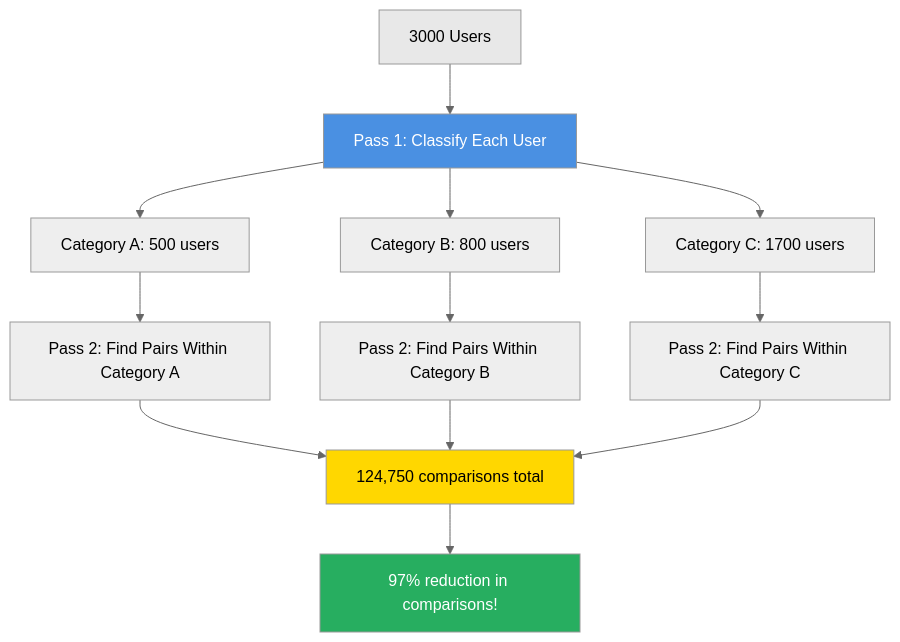
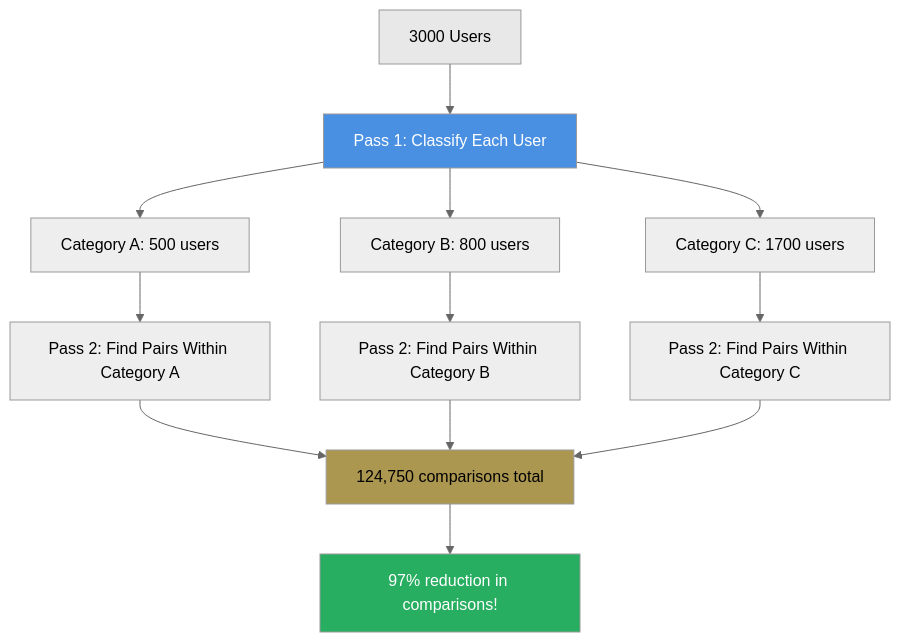
Before and after one commit to rsrini7/Learnings: the seventh of 18 diagrams in Papers/RecursiveLanguageModels.md, drawn with Mermaid (neutral theme). The commit also changed other lines of this file, not shown here.

First line of the commit message:
style(docs): update diagram node colors from gold to bronze

````diff
--- a/Papers/RecursiveLanguageModels.md
+++ b/Papers/RecursiveLanguageModels.md
@@ -427,22 +427,22 @@
 ```mermaid
 graph TD
     A[3000 Users] --> B[Pass 1: Classify Each User]
     B --> C[Category A: 500 users]
     B --> D[Category B: 800 users]
     B --> E[Category C: 1700 users]
     
     C --> F[Pass 2: Find Pairs Within Category A]
     D --> G[Pass 2: Find Pairs Within Category B]
     E --> H[Pass 2: Find Pairs Within Category C]
     
     F --> I[124,750 comparisons total]
     G --> I
     H --> I
     
     I --> J[97% reduction in comparisons!]
     
     style A fill:#E8E8E8
     style B fill:#4A90E2,color:#fff
-    style I fill:#FFD700
+    style I fill:#AB974F
     style J fill:#27AE60,color:#fff
 ```
````
